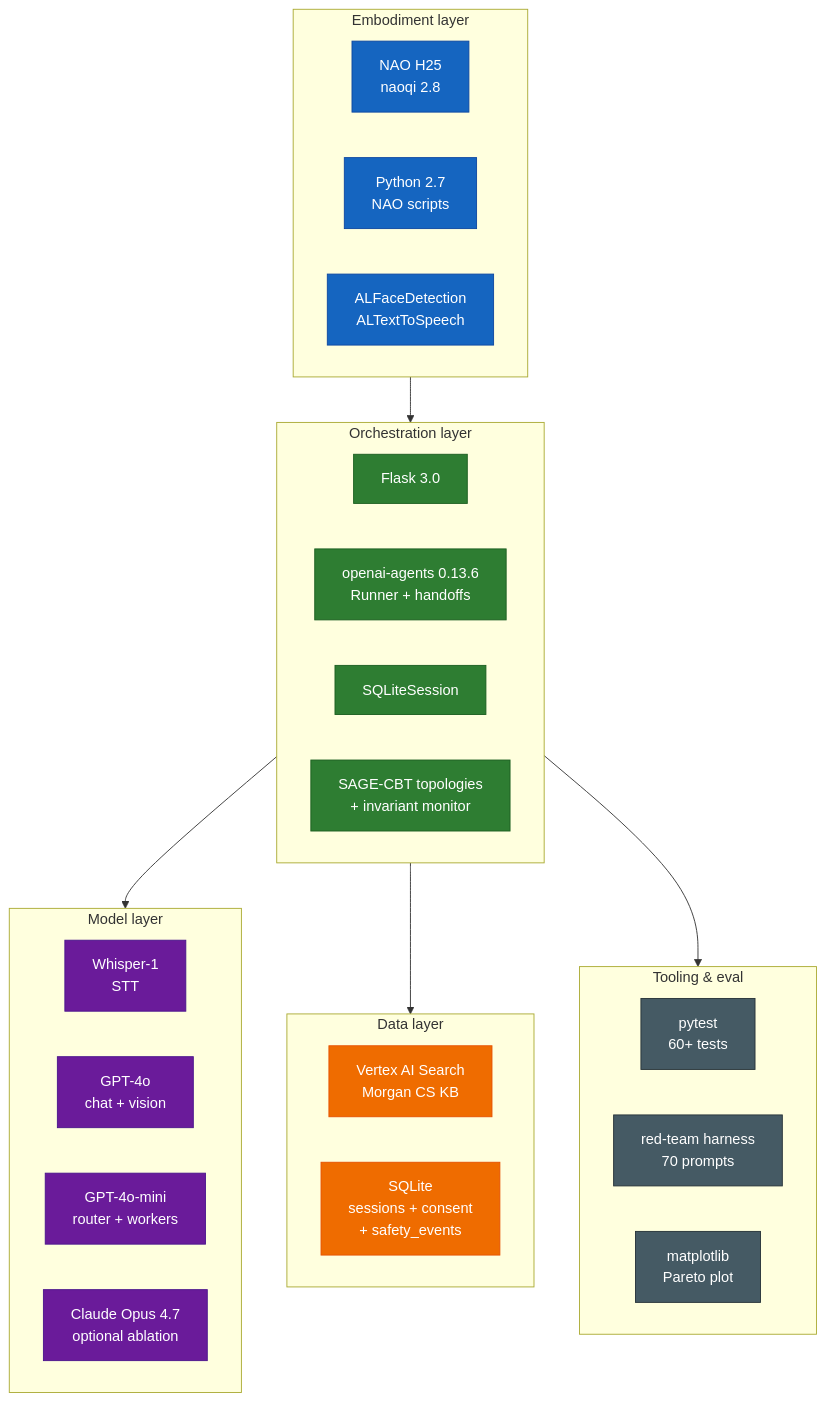
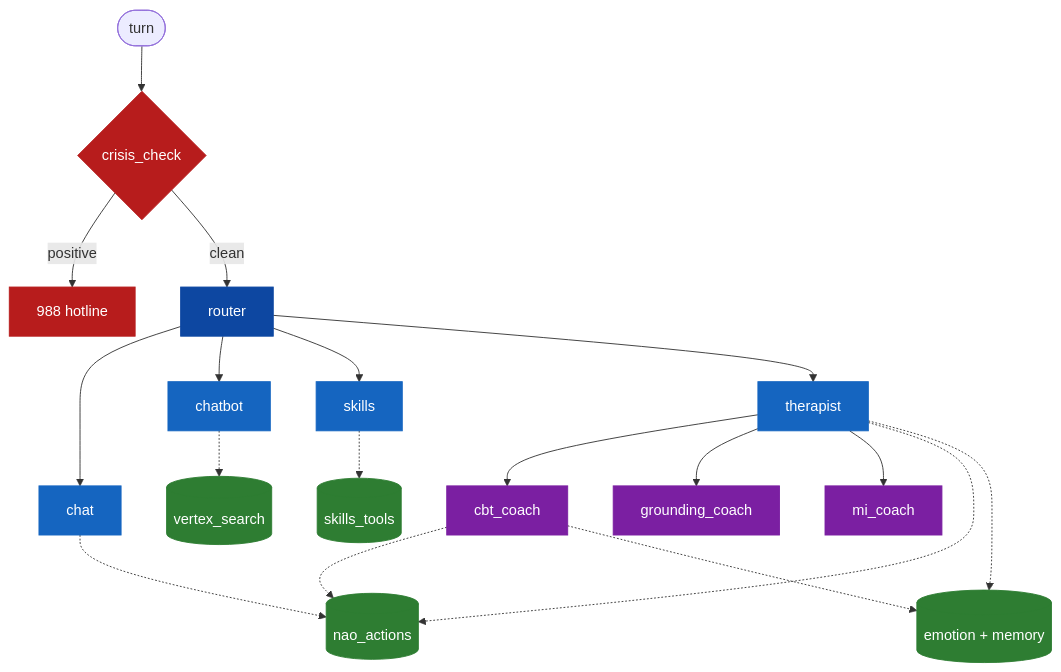
One commit to theaayushstha1/Nao-OpenAI-Morgan-Assist changed the second of 4 diagrams in README.md. Above: the diagram before and after it, drawn with Mermaid. The commit also changed other lines of this file and 1 other file, not shown here.

````diff
--- a/README.md
+++ b/README.md
@@ -325,48 +91,26 @@
 ```mermaid
-flowchart TB
-    classDef ui fill:#1565c0,stroke:#0d47a1,color:#fff
-    classDef orch fill:#2e7d32,stroke:#1b5e20,color:#fff
-    classDef llm fill:#6a1b9a,stroke:#4a148c,color:#fff
-    classDef data fill:#ef6c00,stroke:#e65100,color:#fff
-    classDef infra fill:#455a64,stroke:#263238,color:#fff
+flowchart TD
+    classDef gate  fill:#b71c1c,stroke:#b71c1c,color:#fff
+    classDef route fill:#0d47a1,stroke:#0d47a1,color:#fff
+    classDef spec  fill:#1565c0,stroke:#1565c0,color:#fff
+    classDef sub   fill:#7b1fa2,stroke:#7b1fa2,color:#fff
+    classDef tool  fill:#2e7d32,stroke:#2e7d32,color:#fff
 
-    subgraph L1[Embodiment layer]
-        direction LR
-        N1[NAO H25<br/>naoqi 2.8]:::ui
-        N2[Python 2.7<br/>NAO scripts]:::ui
-        N3[ALFaceDetection<br/>ALTextToSpeech]:::ui
-    end
+    U([turn]) --> C{crisis_check}:::gate
+    C -- positive --> H[988 hotline]:::gate
+    C -- clean --> R[router]:::route
 
-    subgraph L2[Orchestration layer]
-        direction LR
-        O1[Flask 3.0]:::orch
-        O2[openai-agents 0.13.6<br/>Runner + handoffs]:::orch
-        O3[SQLiteSession]:::orch
-        O4[SAGE-CBT topologies<br/>+ invariant monitor]:::orch
-    end
+    R --> CH[chat]:::spec
+    R --> CB[chatbot]:::spec
+    R --> SK[skills]:::spec
+    R --> TH[therapist]:::spec
 
-    subgraph L3[Model layer]
-        direction LR
-        M1[Whisper-1<br/>STT]:::llm
-        M2[GPT-4o<br/>chat + vision]:::llm
-        M3[GPT-4o-mini<br/>router + workers]:::llm
-        M4[Claude Opus 4.7<br/>optional ablation]:::llm
-    end
+    TH --> CBT[cbt_coach]:::sub
+    TH --> GR[grounding_coach]:::sub
+    TH --> MI[mi_coach]:::sub
 
-    subgraph L4[Data layer]
-        direction LR
-        D1[Vertex AI Search<br/>Morgan CS KB]:::data
-        D2[SQLite<br/>sessions + consent<br/>+ safety_events]:::data
-    end
-
-    subgraph L5[Tooling & eval]
-        direction LR
-        T1[pytest<br/>60+ tests]:::infra
-        T2[red-team harness<br/>70 prompts]:::infra
-        T3[matplotlib<br/>Pareto plot]:::infra
-    end
-
-    L1 --> L2 --> L3
-    L2 --> L4
-    L2 --> L5
+    CH & TH & CBT -.-> NA[(nao_actions)]:::tool
+    CB -.-> VS[(vertex_search)]:::tool
+    SK -.-> ST[(skills_tools)]:::tool
+    TH & CBT -.-> EM[(emotion + memory)]:::tool
 ```
````
